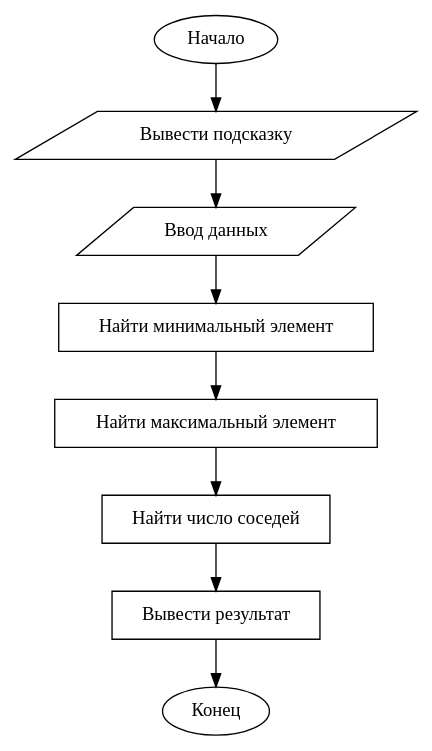
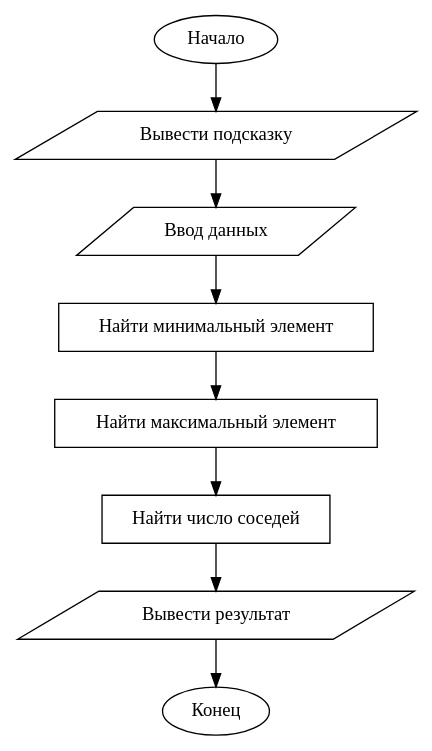
Before and after one commit to leonid-shevtsov/uni-programming: the diagram in lab1/flowchart/flowchart.dot, drawn with Graphviz. The commit also changed 3 other files, not shown here.

Commit message:
flowchart png generation with Batik; safer integer input

```diff
--- a/lab1/flowchart/flowchart.dot
+++ b/lab1/flowchart/flowchart.dot
@@ -1,30 +1,30 @@
 digraph lab1 {
   truecolor = true;
   font = "Times New Roman";
   //label = "Лабораторная работа 1";
   node [shape = box ]
   
   start [ label="Начало", shape = ellipse]
 
   printHelp [ label="Вывести подсказку", shape=parallelogram ]
 
   readData [ label="Ввод данных", shape=parallelogram ]
 
   findMinElement[ label="Найти минимальный элемент" ]
 
   findMaxElement[ label="Найти максимальный элемент" ]
 
   countNeighbors[ label="Найти число соседей" ]
 
-  writeResult [ label="Вывести результат"]
+  writeResult [ label="Вывести результат", shape=parallelogram]
 
   end [ label="Конец", shape = ellipse ]
   
   start -> printHelp
   printHelp -> readData
   readData -> findMinElement
   findMinElement -> findMaxElement
   findMaxElement -> countNeighbors
   countNeighbors -> writeResult
   writeResult -> end
 }
```
